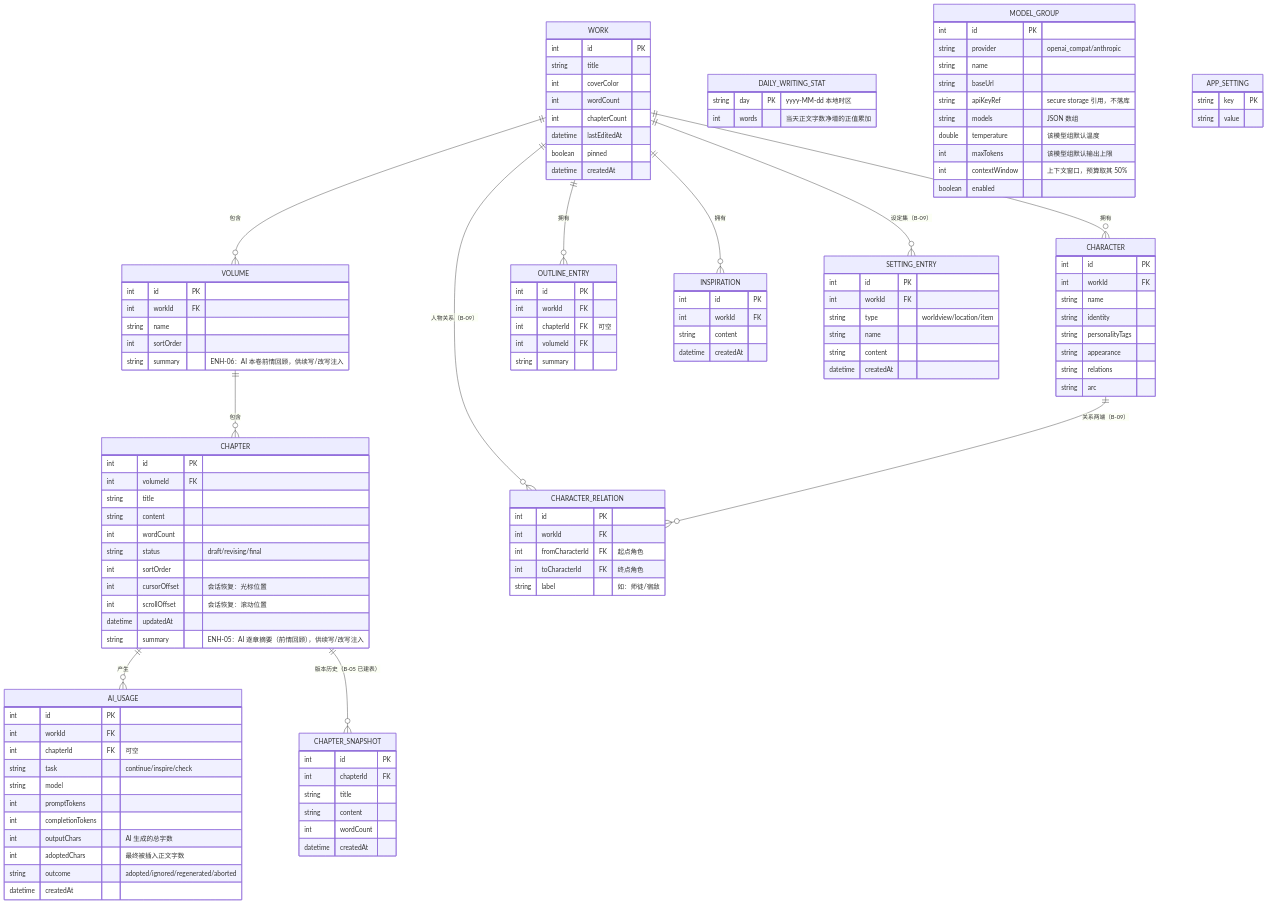
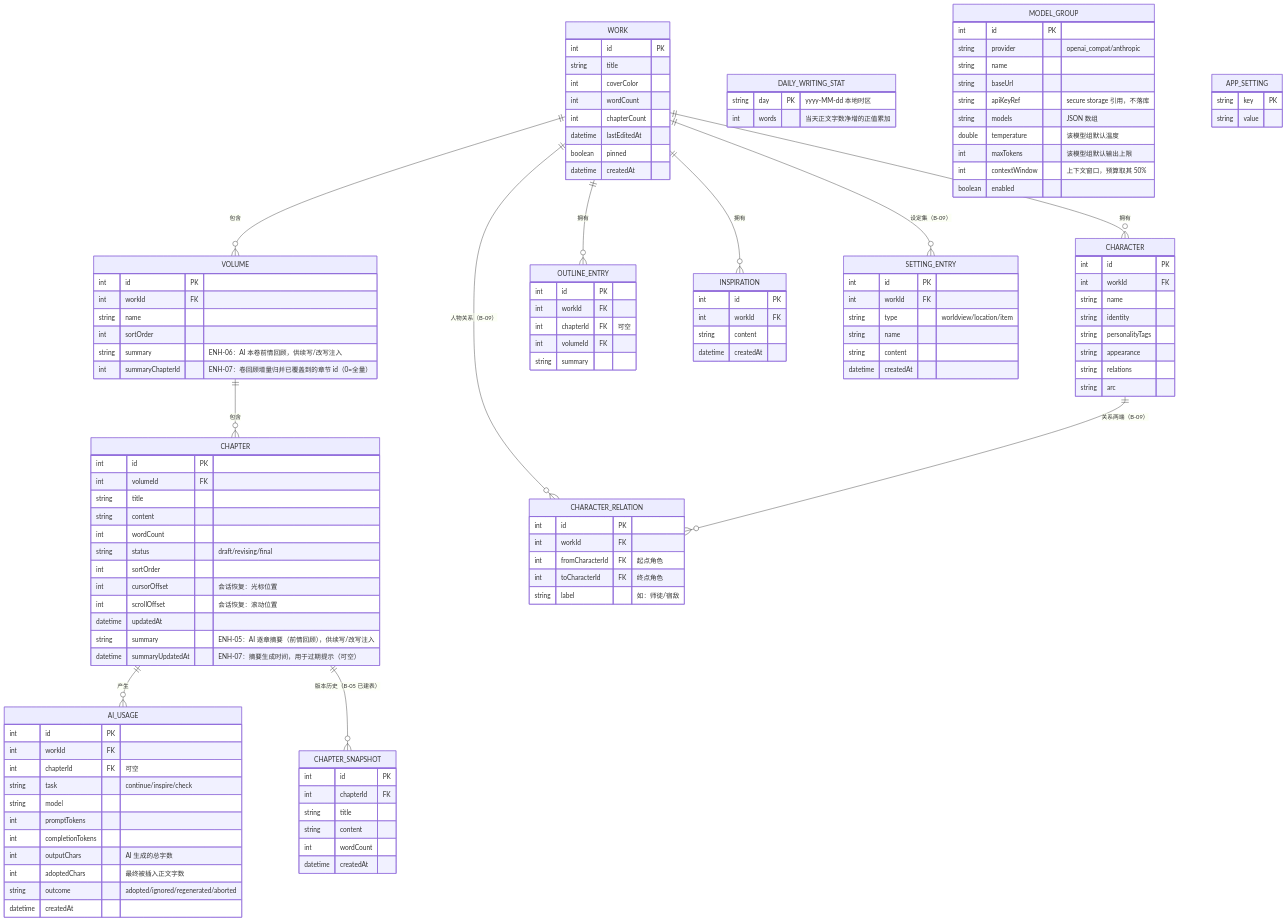
The second of 3 diagrams in docs/ARCHITECTURE.md (wly2lcl/NovelPhone), drawn with Mermaid before and after one commit. The commit also changed other lines of this file and 16 other files, not shown here.

```diff
--- a/docs/ARCHITECTURE.md
+++ b/docs/ARCHITECTURE.md
@@ -246,6 +246,7 @@
         string name
         int sortOrder
         string summary "ENH-06：AI 本卷前情回顾，供续写/改写注入"
+        int summaryChapterId "ENH-07：卷回顾增量归并已覆盖到的章节 id（0=全量）"
     }
     CHAPTER {
         int id PK
@@ -259,6 +260,7 @@
         int scrollOffset "会话恢复：滚动位置"
         datetime updatedAt
         string summary "ENH-05：AI 逐章摘要（前情回顾），供续写/改写注入"
+        datetime summaryUpdatedAt "ENH-07：摘要生成时间，用于过期提示（可空）"
     }
     CHAPTER_SNAPSHOT {
         int id PK
```
